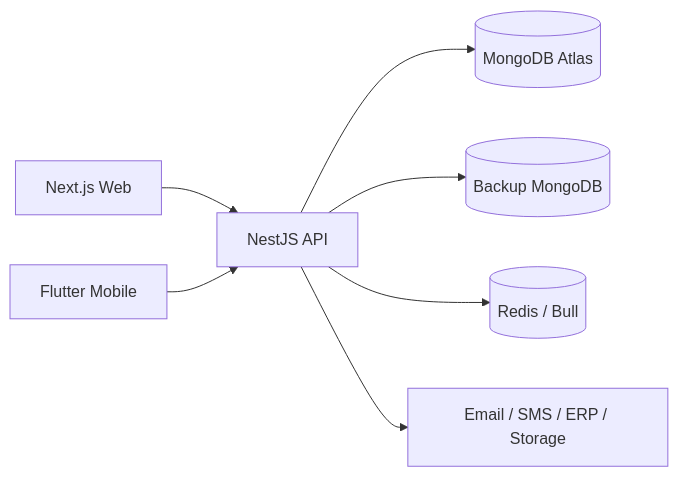
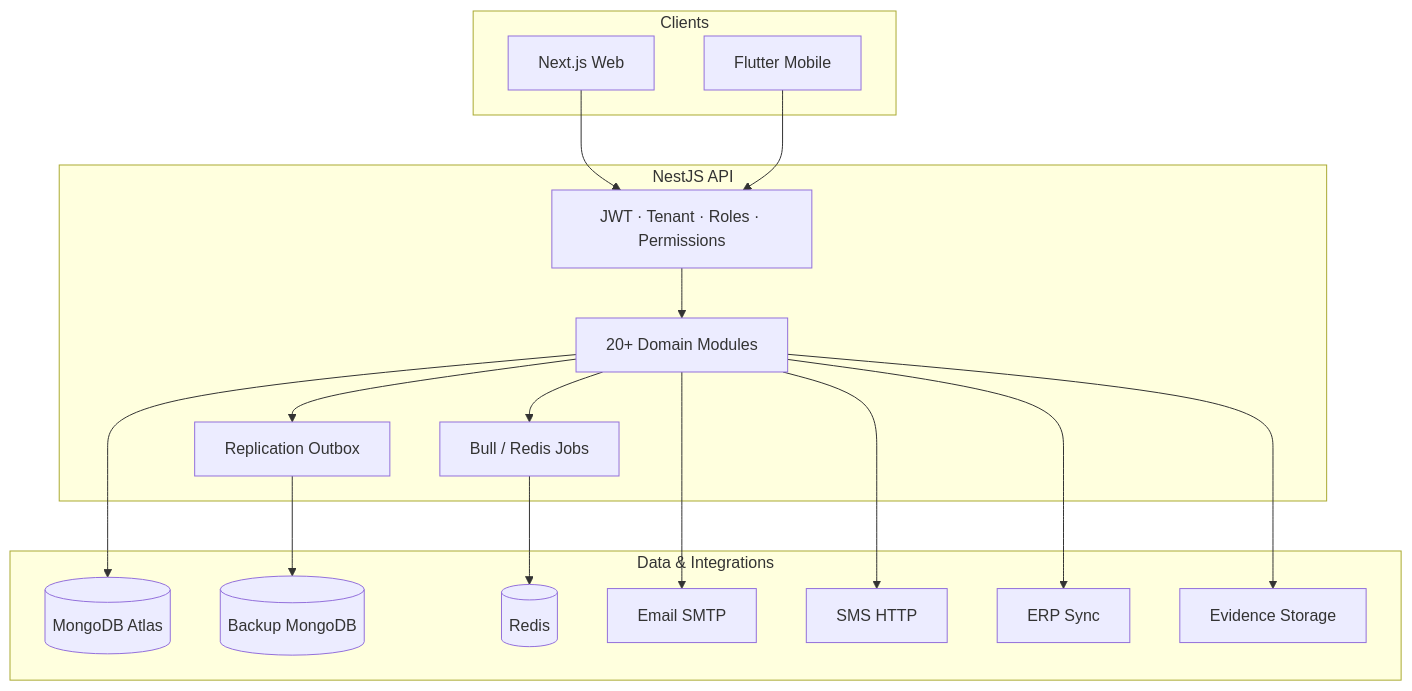
One commit to jkchinthaka/newmone changed the diagram in maintainpro/README.md. Above: the diagram before and after it, drawn with Mermaid. The commit also changed other lines of this file, not shown here.

````diff
--- a/maintainpro/README.md
+++ b/maintainpro/README.md
@@ -59,9 +92,35 @@
 ```mermaid
-flowchart LR
-  Web[Next.js Web] --> API[NestJS API]
-  Mobile[Flutter Mobile] --> API
-  API --> Atlas[(MongoDB Atlas)]
-  API --> Backup[(Backup MongoDB)]
-  API --> Redis[(Redis / Bull)]
-  API --> Integrations[Email / SMS / ERP / Storage]
+flowchart TB
+  subgraph clients [Clients]
+    Web[Next.js Web]
+    Mobile[Flutter Mobile]
+  end
+
+  subgraph api [NestJS API]
+    Guards[JWT · Tenant · Roles · Permissions]
+    Modules[20+ Domain Modules]
+    Outbox[Replication Outbox]
+    Queues[Bull / Redis Jobs]
+  end
+
+  subgraph data [Data & Integrations]
+    Atlas[(MongoDB Atlas)]
+    Backup[(Backup MongoDB)]
+    Redis[(Redis)]
+    Email[Email SMTP]
+    SMS[SMS HTTP]
+    ERP[ERP Sync]
+    Storage[Evidence Storage]
+  end
+
+  Web --> Guards
+  Mobile --> Guards
+  Guards --> Modules
+  Modules --> Atlas
+  Modules --> Outbox --> Backup
+  Modules --> Queues --> Redis
+  Modules --> Email
+  Modules --> SMS
+  Modules --> ERP
+  Modules --> Storage
 ```
````
